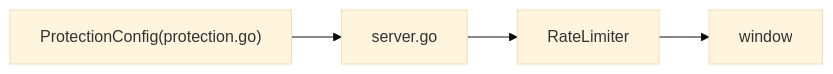
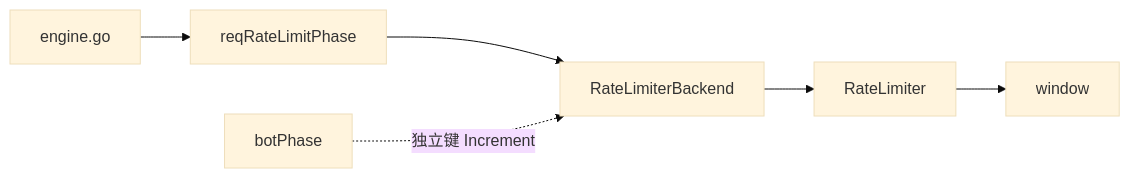
One commit to x01n/My-OpenWaf changed the fourth of 4 diagrams in docs/WAF 引擎系统/处理阶段详解/请求速率限制阶段.md. Above: the diagram before and after it, drawn with Mermaid (base theme). The commit also changed other lines of this file and 622 other files, not shown here.

````diff
--- a/docs/WAF 引擎系统/处理阶段详解/请求速率限制阶段.md
+++ b/docs/WAF 引擎系统/处理阶段详解/请求速率限制阶段.md
@@ -237,6 +239,8 @@
 ```mermaid
 graph LR
-SVR["server.go"] --> RL["RateLimiter"]
-CFG["ProtectionConfig(protection.go)"] --> SVR
-RL --> RW["window"]
+Engine["engine.go"] --> Phase["reqRateLimitPhase"]
+Phase --> Backend["RateLimiterBackend"]
+Backend --> RL["RateLimiter"]
+RL --> Win["window"]
+Bot["botPhase"] -.独立键 Increment.-> Backend
 ```
````
